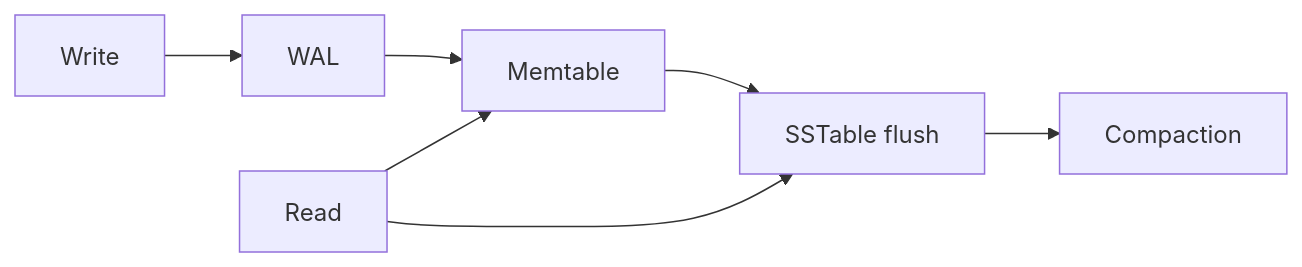
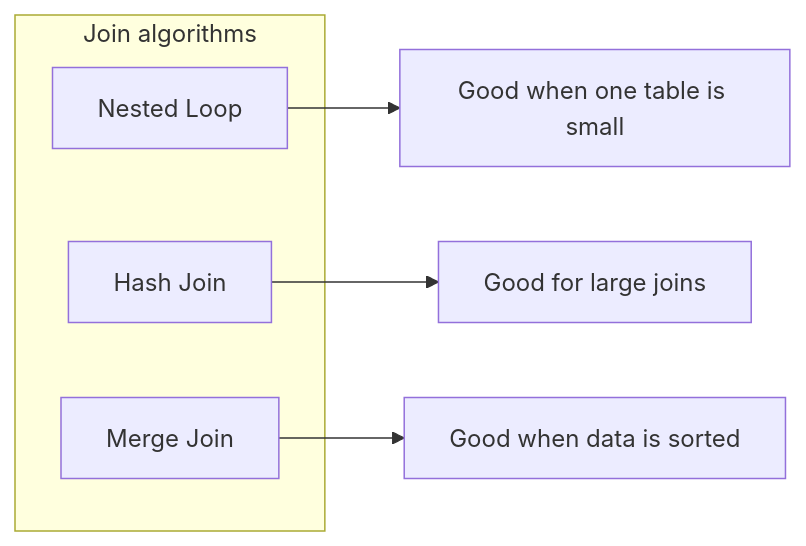
One commit to hareramcse/SystemDesign changed the fourth of 9 diagrams in 02-databases/README.md. Above: the diagram before and after it, drawn with Mermaid. The commit also changed other lines of this file, not shown here.

````diff
--- a/02-databases/README.md
+++ b/02-databases/README.md
@@ -982,9 +1373,11 @@
 ```mermaid
 flowchart LR
-    W[Write] --> WAL[WAL]
-    WAL --> Mem[Memtable]
-    Mem --> SST[SSTable flush]
-    SST --> Comp[Compaction]
-    R[Read] --> Mem
-    R --> SST
+  subgraph algorithms [Join algorithms]
+    NL[Nested Loop]
+    HJ[Hash Join]
+    MJ[Merge Join]
+  end
+  NL --> Small[Good when one table is small]
+  HJ --> Large[Good for large joins]
+  MJ --> Sorted[Good when data is sorted]
 ```
````
